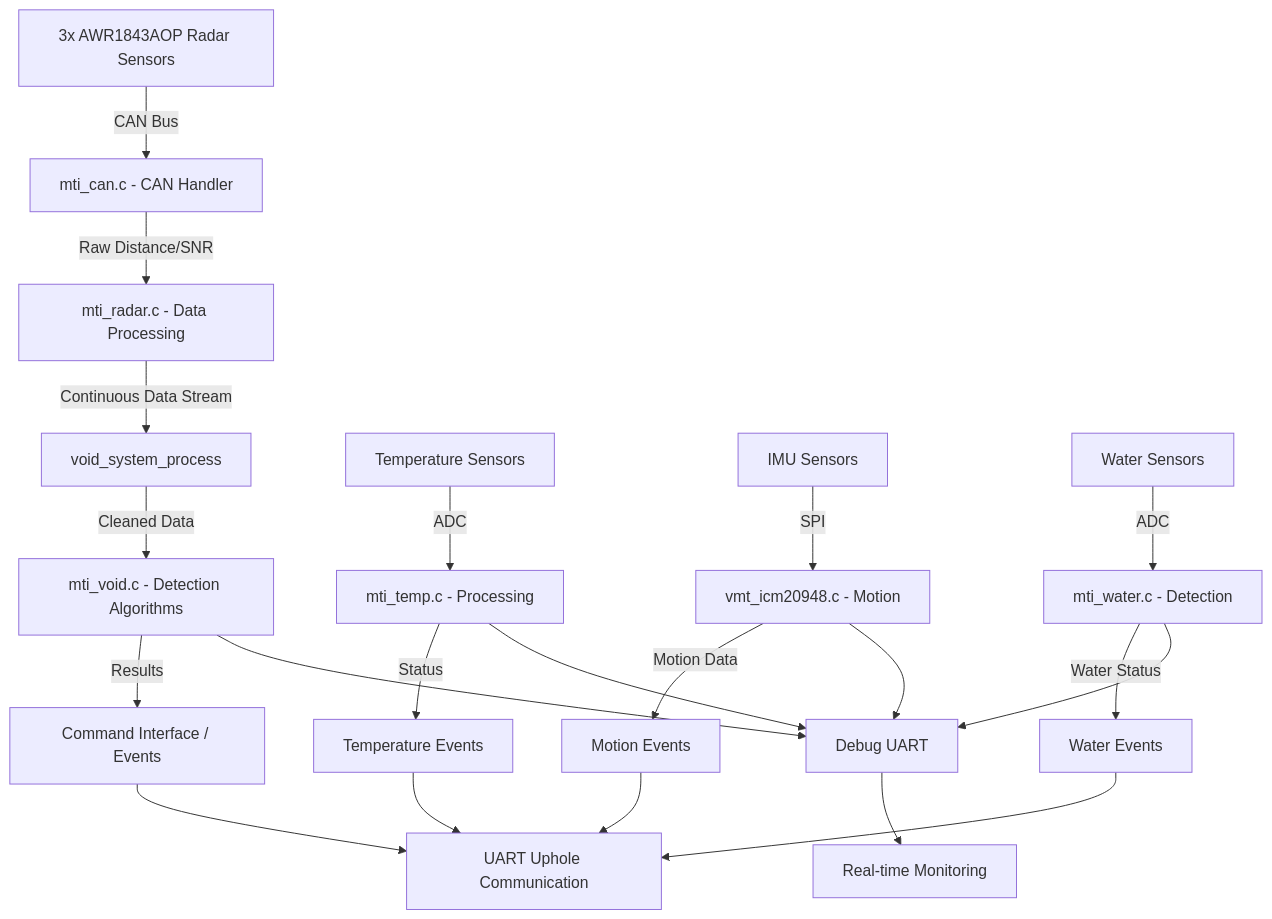
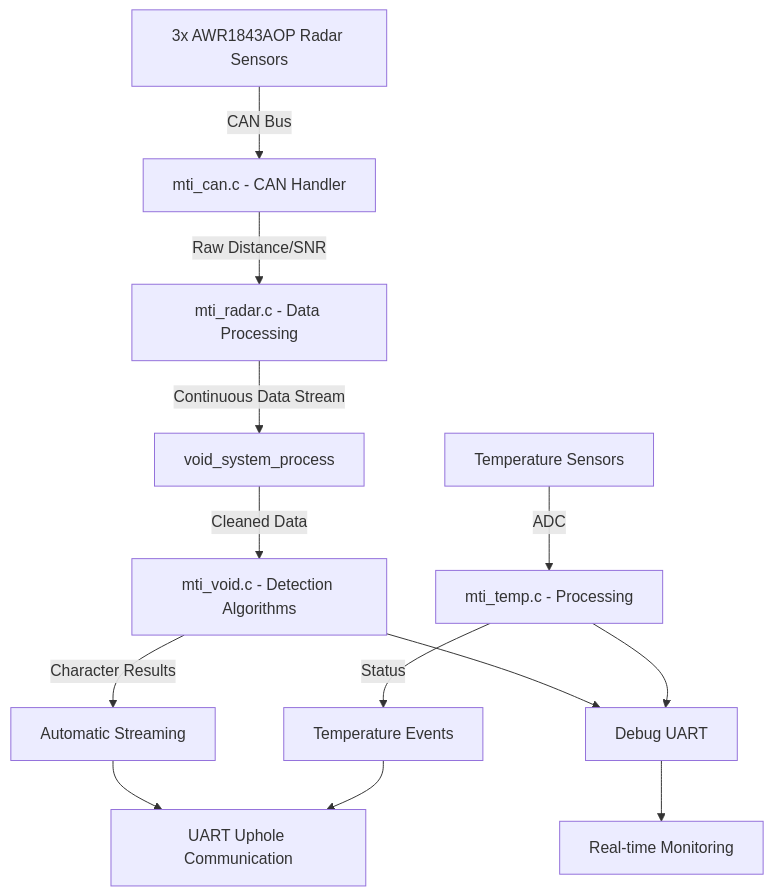
Before and after one commit to man-singh-mti/void_poc_integration: the diagram in Docs/void.md, drawn with Mermaid. The commit also changed other lines of this file, not shown here.

````diff
--- a/Docs/void.md
+++ b/Docs/void.md
@@ -872,28 +528,18 @@
 ```mermaid
 graph TD
     A[3x AWR1843AOP Radar Sensors] -->|CAN Bus| B[mti_can.c - CAN Handler]
     B -->|Raw Distance/SNR| C[mti_radar.c - Data Processing]
     C -->|Continuous Data Stream| D[void_system_process]
     D -->|Cleaned Data| E[mti_void.c - Detection Algorithms]
-    E -->|Results| F[Command Interface / Events]
+    E -->|Character Results| F[Automatic Streaming]
     
     G[Temperature Sensors] -->|ADC| H[mti_temp.c - Processing]
     H -->|Status| I[Temperature Events]
     
-    J[IMU Sensors] -->|SPI| K[vmt_icm20948.c - Motion]
-    K -->|Motion Data| L[Motion Events]
+    F --> J[UART Uphole Communication]
+    I --> J
     
-    M[Water Sensors] -->|ADC| N[mti_water.c - Detection]
-    N -->|Water Status| O[Water Events]
-    
-    F --> P[UART Uphole Communication]
-    I --> P
-    L --> P
-    O --> P
-    
-    Q[Debug UART] --> R[Real-time Monitoring]
-    E --> Q
-    H --> Q
-    K --> Q
-    N --> Q
+    K[Debug UART] --> L[Real-time Monitoring]
+    E --> K
+    H --> K
 ```
````
